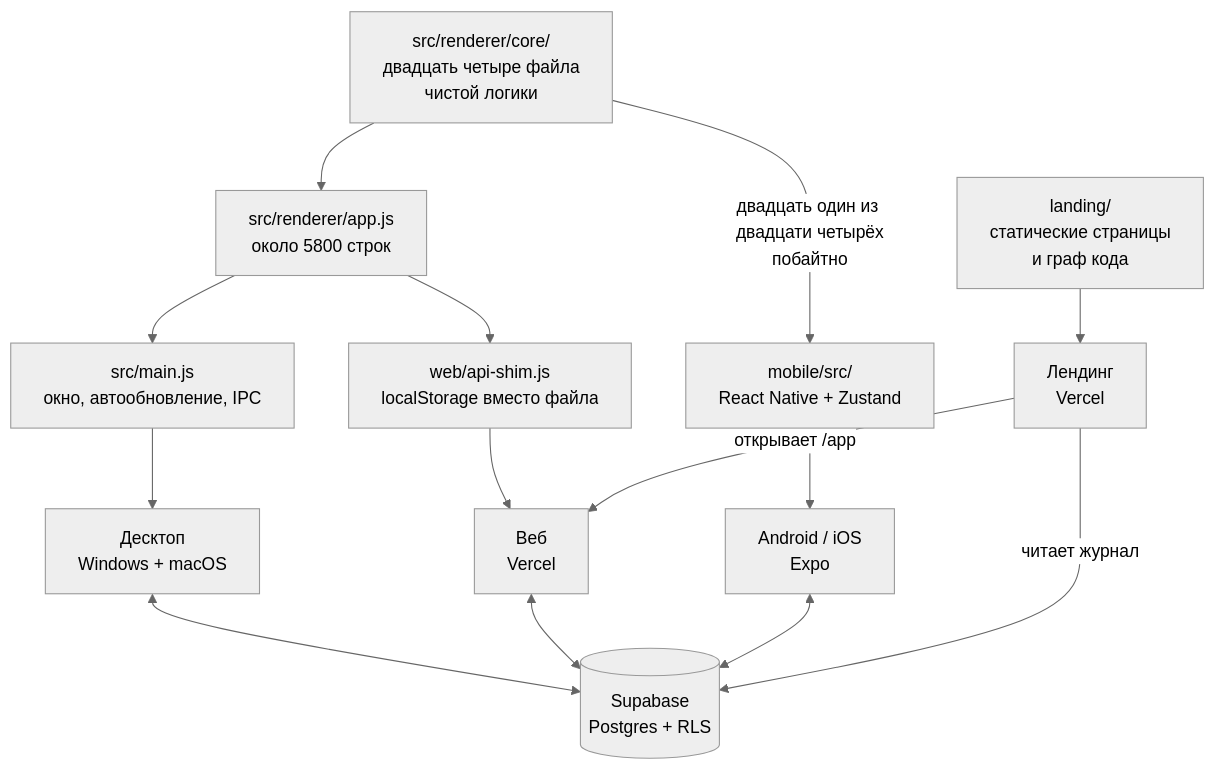
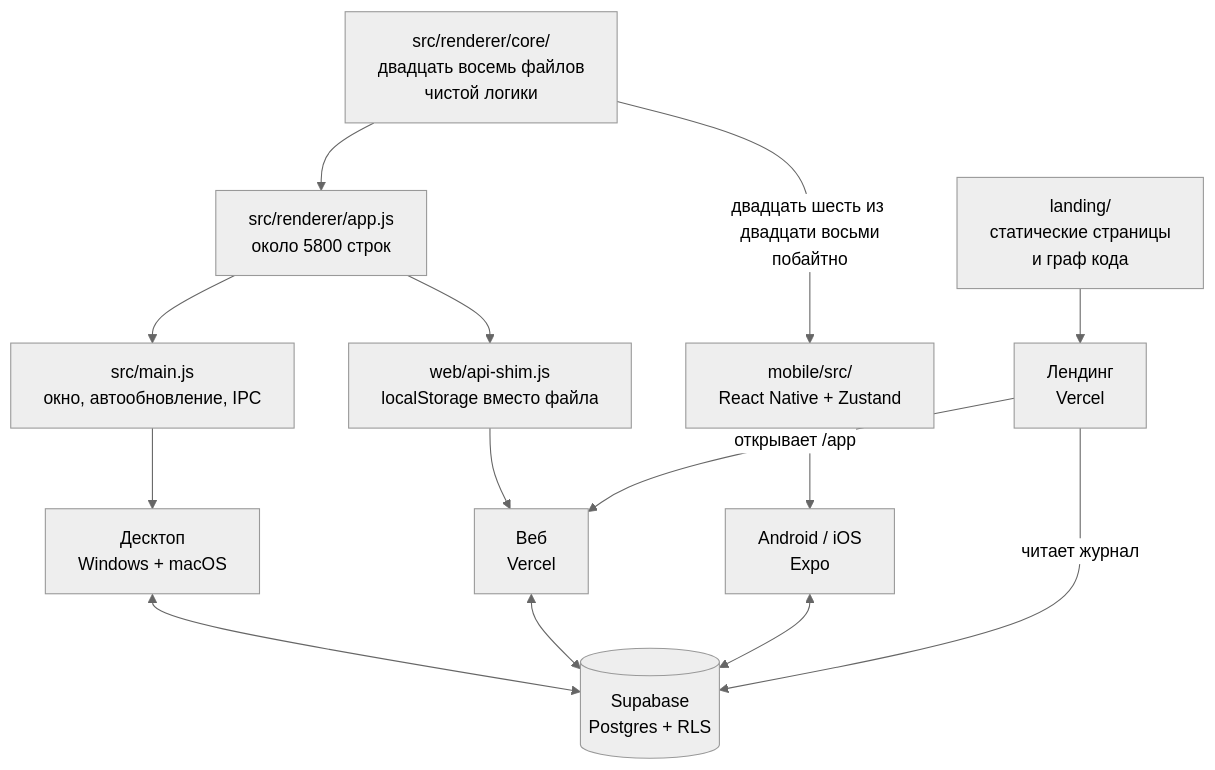
The first of 5 diagrams in ARCHITECTURE.md (lancibleofficial/Lancible), drawn with Mermaid (neutral theme) before and after one commit. The commit also changed other lines of this file and 365 other files, not shown here.

````diff
--- a/ARCHITECTURE.md
+++ b/ARCHITECTURE.md
@@ -33,26 +23,26 @@
 ```mermaid
 graph TD
-    CORE["src/renderer/core/<br/>двадцать четыре файла<br/>чистой логики"]
+    CORE["src/renderer/core/<br/>двадцать восемь файлов<br/>чистой логики"]
 
     APP["src/renderer/app.js<br/>около 5800 строк"]
     MAIN["src/main.js<br/>окно, автообновление, IPC"]
     SHIM["web/api-shim.js<br/>localStorage вместо файла"]
     MOB["mobile/src/<br/>React Native + Zustand"]
     LAND["landing/<br/>статические страницы<br/>и граф кода"]
 
     CORE --> APP
-    CORE -->|"двадцать один из двадцати четырёх<br/>побайтно"| MOB
+    CORE -->|"двадцать шесть из двадцати восьми<br/>побайтно"| MOB
     APP --> MAIN
     APP --> SHIM
     MAIN --> DESK["Десктоп<br/>Windows + macOS"]
     SHIM --> WEB["Веб<br/>Vercel"]
     MOB --> ANDROID["Android / iOS<br/>Expo"]
     LAND --> SITE["Лендинг<br/>Vercel"]
 
     SB[("Supabase<br/>Postgres + RLS")]
     DESK <--> SB
     WEB <--> SB
     ANDROID <--> SB
     SITE -->|"читает журнал"| SB
     SITE -->|"открывает /app"| WEB
 ```
````
